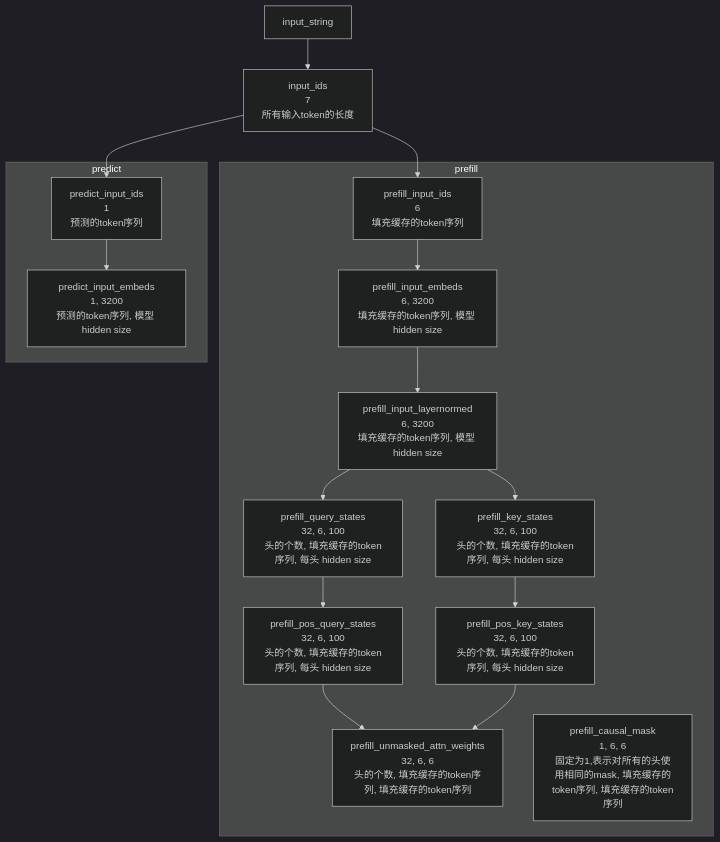
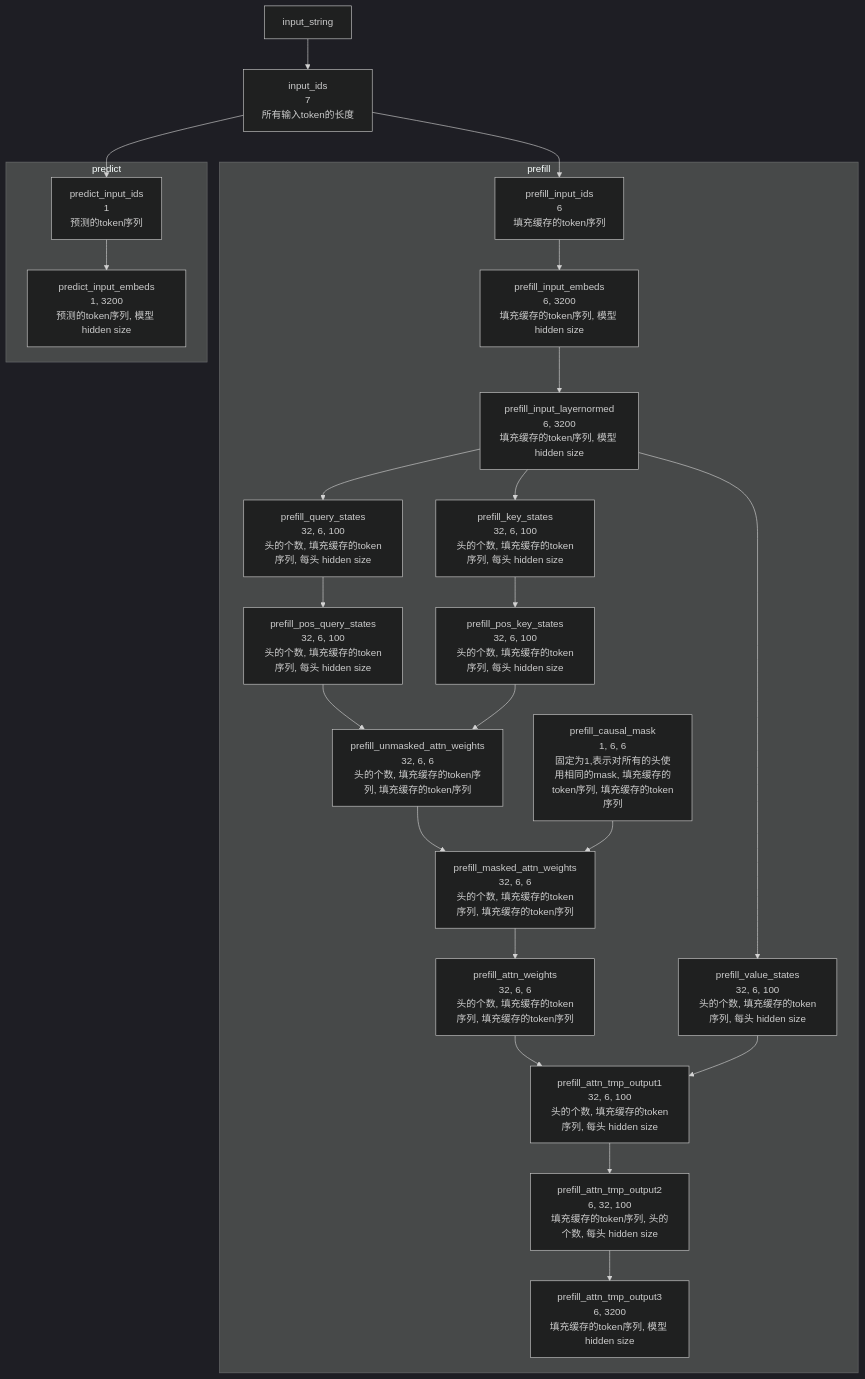
The diagram in cpu-pytorch/run-with-kv-cache.md (taowen/learn-llama), drawn with Mermaid (dark theme) before and after one commit. The commit also changed 7 other files, not shown here.

````diff
--- a/cpu-pytorch/run-with-kv-cache.md
+++ b/cpu-pytorch/run-with-kv-cache.md
@@ -5,31 +5,45 @@
 ```mermaid
 graph TD;
 input_string-->input_ids;
 input_ids[input_ids<br/>7<br/>所有输入token的长度];
 input_ids-->prefill_input_ids;
 prefill_input_ids[prefill_input_ids<br/>6<br/>填充缓存的token序列];
 input_ids-->predict_input_ids;
 predict_input_ids[predict_input_ids<br/>1<br/>预测的token序列];
 subgraph prefill;
-prefill_input_ids-->prefill_input_embeds;
+prefill_input_ids-->prefill_input_embeds; 
 prefill_input_embeds[prefill_input_embeds<br/>6, 3200<br/>填充缓存的token序列, 模型 hidden size];
 prefill_input_embeds-->prefill_input_layernormed;
 prefill_input_layernormed[prefill_input_layernormed<br/>6, 3200<br/>填充缓存的token序列, 模型 hidden size];
 prefill_input_layernormed-->prefill_query_states;
 prefill_query_states[prefill_query_states<br/>32, 6, 100<br/>头的个数, 填充缓存的token序列, 每头 hidden size];
 prefill_input_layernormed-->prefill_key_states;
 prefill_key_states[prefill_key_states<br/>32, 6, 100<br/>头的个数, 填充缓存的token序列, 每头 hidden size];
+prefill_input_layernormed-->prefill_value_states;
+prefill_value_states[prefill_value_states<br/>32, 6, 100<br/>头的个数, 填充缓存的token序列, 每头 hidden size];
 prefill_query_states-->prefill_pos_query_states;
 prefill_pos_query_states[prefill_pos_query_states<br/>32, 6, 100<br/>头的个数, 填充缓存的token序列, 每头 hidden size];
 prefill_key_states-->prefill_pos_key_states;
 prefill_pos_key_states[prefill_pos_key_states<br/>32, 6, 100<br/>头的个数, 填充缓存的token序列, 每头 hidden size];
 prefill_pos_query_states-->prefill_unmasked_attn_weights;
 prefill_pos_key_states-->prefill_unmasked_attn_weights;
 prefill_unmasked_attn_weights[prefill_unmasked_attn_weights<br/>32, 6, 6<br/>头的个数, 填充缓存的token序列, 填充缓存的token序列];
 prefill_causal_mask[prefill_causal_mask<br/>1, 6, 6<br/>固定为1,表示对所有的头使用相同的mask, 填充缓存的token序列, 填充缓存的token序列];
+prefill_unmasked_attn_weights-->prefill_masked_attn_weights;
+prefill_causal_mask-->prefill_masked_attn_weights;
+prefill_masked_attn_weights[prefill_masked_attn_weights<br/>32, 6, 6<br/>头的个数, 填充缓存的token序列, 填充缓存的token序列];
+prefill_masked_attn_weights-->prefill_attn_weights;
+prefill_attn_weights[prefill_attn_weights<br/>32, 6, 6<br/>头的个数, 填充缓存的token序列, 填充缓存的token序列];
+prefill_attn_weights-->prefill_attn_tmp_output1;
+prefill_value_states-->prefill_attn_tmp_output1;
+prefill_attn_tmp_output1[prefill_attn_tmp_output1<br/>32, 6, 100<br/>头的个数, 填充缓存的token序列, 每头 hidden size];
+prefill_attn_tmp_output1-->prefill_attn_tmp_output2;
+prefill_attn_tmp_output2[prefill_attn_tmp_output2<br/>6, 32, 100<br/>填充缓存的token序列, 头的个数, 每头 hidden size];
+prefill_attn_tmp_output2-->prefill_attn_tmp_output3;
+prefill_attn_tmp_output3[prefill_attn_tmp_output3<br/>6, 3200<br/>填充缓存的token序列, 模型 hidden size];
 end;
 subgraph predict;
 predict_input_ids-->predict_input_embeds;
 predict_input_embeds[predict_input_embeds<br/>1, 3200<br/>预测的token序列, 模型 hidden size];
 end
 ```
````
